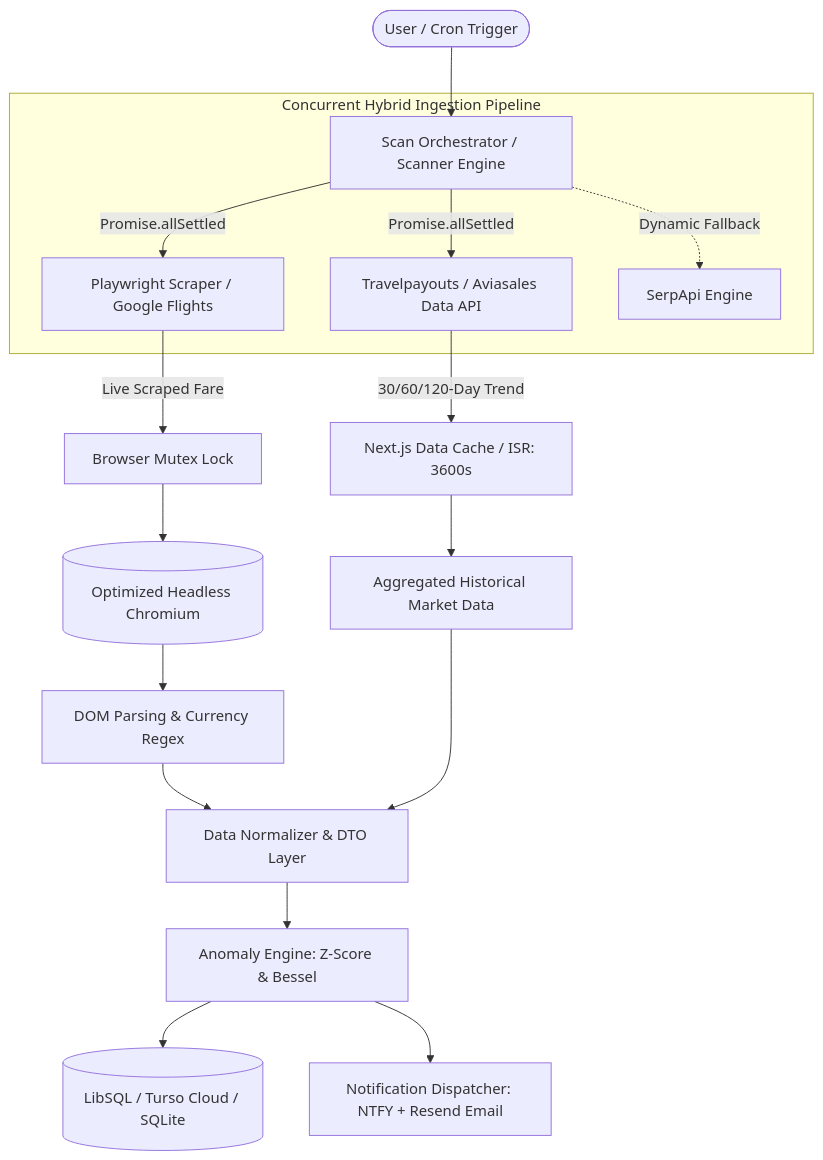
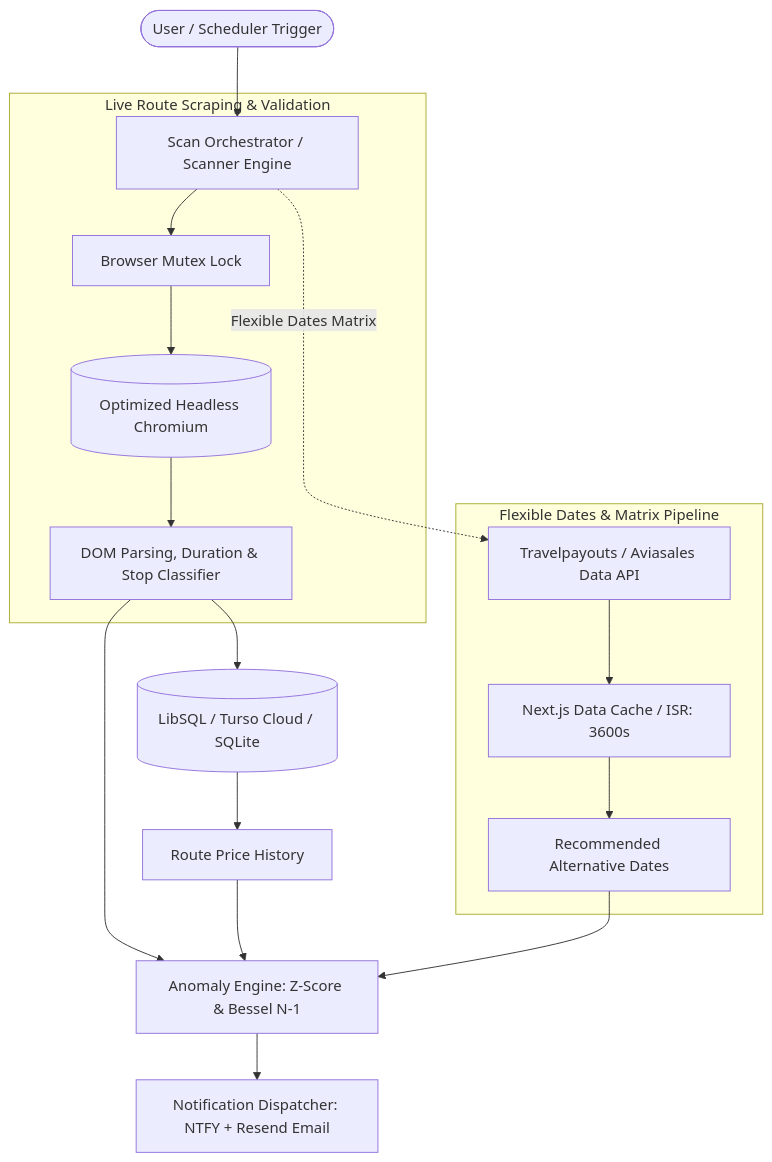
Before and after one commit to gabitomasini/bipfly-app: the first of 2 diagrams in README.md, drawn with Mermaid. The commit also changed other lines of this file and 20 other files, not shown here.

Commit message:
feat: integrate statistical anomaly detection engine and multi-channel alerting into flight scanner

````diff
--- a/README.md
+++ b/README.md
@@ -40,24 +40,25 @@
 ```mermaid
 flowchart TD
-    User([User / Cron Trigger]) --> Orchestrator[Scan Orchestrator / Scanner Engine]
+    User([User / Scheduler Trigger]) --> Orchestrator[Scan Orchestrator / Scanner Engine]
     
-    subgraph Hybrid_Pipeline [Concurrent Hybrid Ingestion Pipeline]
-        Orchestrator -->|Promise.allSettled| P1[Playwright Scraper / Google Flights]
-        Orchestrator -->|Promise.allSettled| P2[Travelpayouts / Aviasales Data API]
-        Orchestrator -.->|Dynamic Fallback| P3[SerpApi Engine]
+    subgraph Route_Inspection [Live Route Scraping & Validation]
+        Orchestrator --> Mutex[Browser Mutex Lock]
+        Mutex --> Chromium[(Optimized Headless Chromium)]
+        Chromium --> ScrapedData[DOM Parsing, Duration & Stop Classifier]
     end
 
-    P1 -->|Live Scraped Fare| Mutex[Browser Mutex Lock]
-    Mutex --> Chromium[(Optimized Headless Chromium)]
-    Chromium --> ScrapedData[DOM Parsing & Currency Regex]
+    subgraph Flexible_Calendar [Flexible Dates & Matrix Pipeline]
+        Orchestrator -.->|Flexible Dates Matrix| P2[Travelpayouts / Aviasales Data API]
+        P2 --> NextCache[Next.js Data Cache / ISR: 3600s]
+        NextCache --> AltDates[Recommended Alternative Dates]
+    end
 
-    P2 -->|30/60/120-Day Trend| NextCache[Next.js Data Cache / ISR: 3600s]
-    NextCache --> HistData[Aggregated Historical Market Data]
-
-    ScrapedData --> Aggregator[Data Normalizer & DTO Layer]
-    HistData --> Aggregator
+    ScrapedData --> DB[(LibSQL / Turso Cloud / SQLite)]
+    DB --> RouteHistory[Route Price History]
     
-    Aggregator --> AnomalyDetector[Anomaly Engine: Z-Score & Bessel]
-    AnomalyDetector --> DB[(LibSQL / Turso Cloud / SQLite)]
+    ScrapedData --> AnomalyDetector[Anomaly Engine: Z-Score & Bessel N-1]
+    RouteHistory --> AnomalyDetector
+    AltDates --> AnomalyDetector
+    
     AnomalyDetector --> Notifier[Notification Dispatcher: NTFY + Resend Email]
 ```
````
